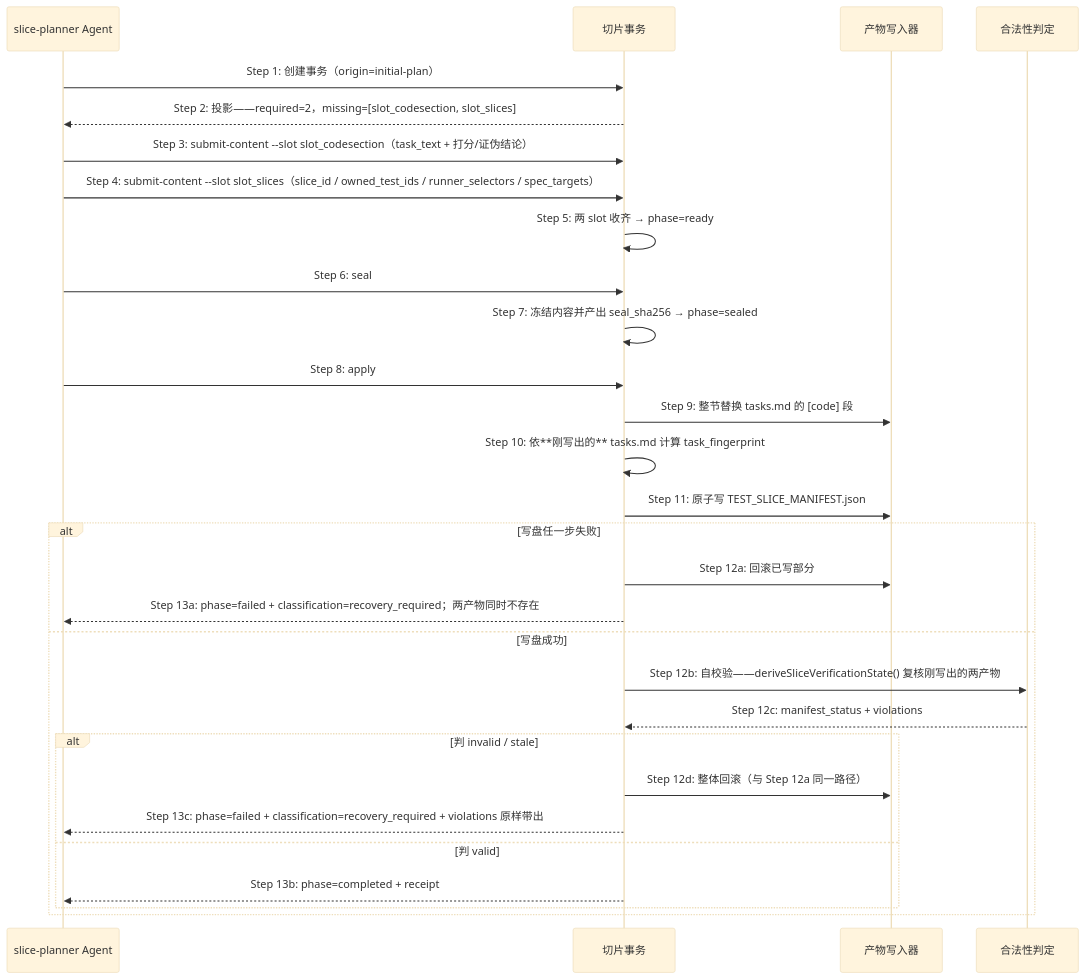
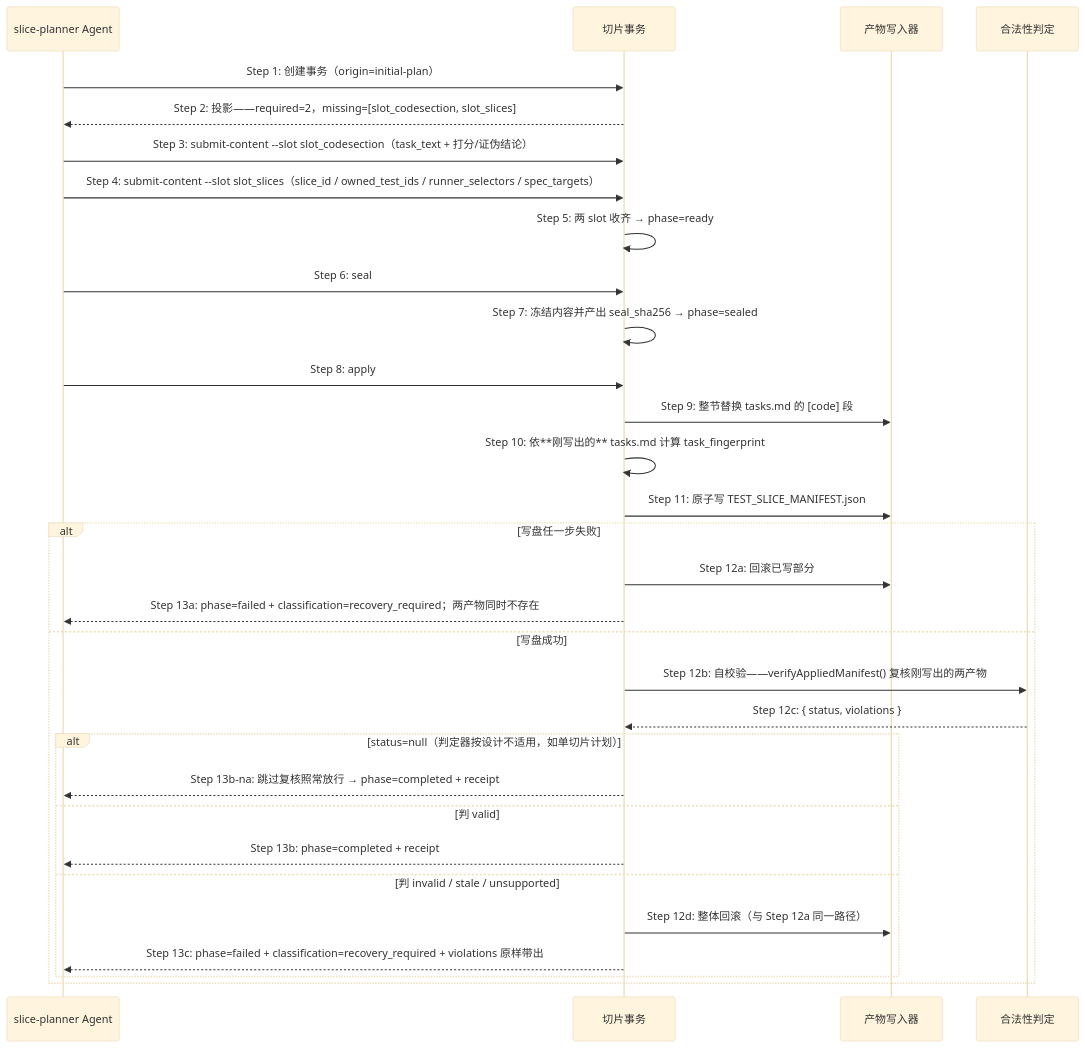
Before and after one commit to miniidealab/openlogos: the fourth of 4 diagrams in logos/resources/prd/3-technical-plan/2-scenario-implementation/core-S32-slice-planning.md, drawn with Mermaid (base theme). The commit also changed other lines of this file and 9 other files, not shown here.

````diff
--- a/logos/resources/prd/3-technical-plan/2-scenario-implementation/core-S32-slice-planning.md
+++ b/logos/resources/prd/3-technical-plan/2-scenario-implementation/core-S32-slice-planning.md
@@ -248,32 +247,34 @@
 ```mermaid
 sequenceDiagram
     participant A as slice-planner Agent
     participant T as 切片事务
     participant W as 产物写入器
     participant V as 合法性判定
 
     A->>T: Step 1: 创建事务（origin=initial-plan）
     T-->>A: Step 2: 投影——required=2，missing=[slot_codesection, slot_slices]
     A->>T: Step 3: submit-content --slot slot_codesection（task_text + 打分/证伪结论）
     A->>T: Step 4: submit-content --slot slot_slices（slice_id / owned_test_ids / runner_selectors / spec_targets）
     T->>T: Step 5: 两 slot 收齐 → phase=ready
     A->>T: Step 6: seal
     T->>T: Step 7: 冻结内容并产出 seal_sha256 → phase=sealed
     A->>T: Step 8: apply
     T->>W: Step 9: 整节替换 tasks.md 的 [code] 段
     T->>T: Step 10: 依**刚写出的** tasks.md 计算 task_fingerprint
     T->>W: Step 11: 原子写 TEST_SLICE_MANIFEST.json
     alt 写盘任一步失败
         T->>W: Step 12a: 回滚已写部分
         T-->>A: Step 13a: phase=failed + classification=recovery_required；两产物同时不存在
     else 写盘成功
-        T->>V: Step 12b: 自校验——deriveSliceVerificationState() 复核刚写出的两产物
-        V-->>T: Step 12c: manifest_status + violations
-        alt 判 invalid / stale
+        T->>V: Step 12b: 自校验——verifyAppliedManifest() 复核刚写出的两产物
+        V-->>T: Step 12c: { status, violations }
+        alt status=null（判定器按设计不适用，如单切片计划）
+            T-->>A: Step 13b-na: 跳过复核照常放行 → phase=completed + receipt
+        else 判 valid
+            T-->>A: Step 13b: phase=completed + receipt
+        else 判 invalid / stale / unsupported
             T->>W: Step 12d: 整体回滚（与 Step 12a 同一路径）
             T-->>A: Step 13c: phase=failed + classification=recovery_required + violations 原样带出
-        else 判 valid
-            T-->>A: Step 13b: phase=completed + receipt
         end
     end
 ```
````
